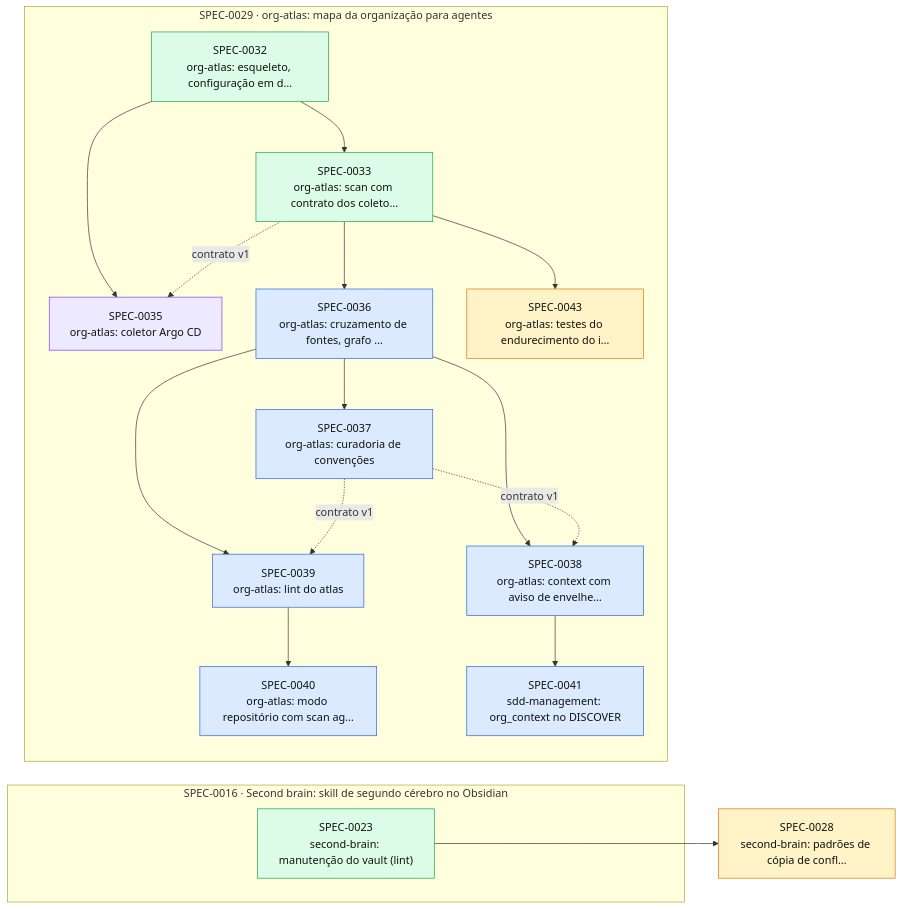
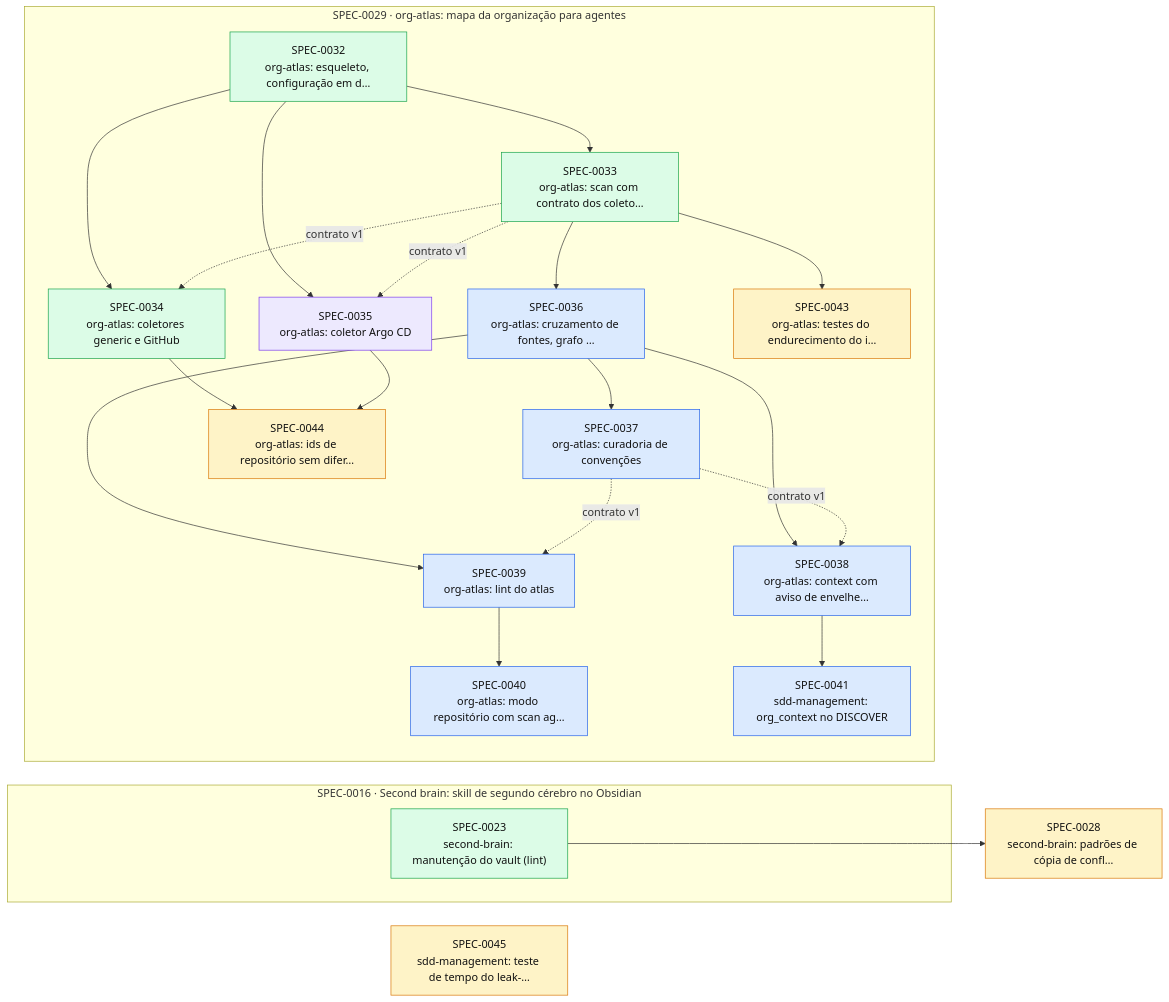
One commit to thomasravache/ai-dev-brain changed the diagram in docs/specs/INDEX.md. Above: the diagram before and after it, drawn with Mermaid. The commit also changed other lines of this file and 5 other files, not shown here.

````diff
--- a/docs/specs/INDEX.md
+++ b/docs/specs/INDEX.md
@@ -56,37 +58,44 @@
 ```mermaid
 flowchart LR
   S0028["SPEC-0028<br/>second-brain: padrões de cópia de confl…"]:::proposed
+  S0045["SPEC-0045<br/>sdd-management: teste de tempo do leak-…"]:::proposed
   subgraph E0016["SPEC-0016 · Second brain: skill de segundo cérebro no Obsidian"]
     S0023["SPEC-0023<br/>second-brain: manutenção do vault (lint)"]:::implemented
   end
   subgraph E0029["SPEC-0029 · org-atlas: mapa da organização para agentes"]
     S0032["SPEC-0032<br/>org-atlas: esqueleto, configuração em d…"]:::implemented
     S0033["SPEC-0033<br/>org-atlas: scan com contrato dos coleto…"]:::implemented
+    S0034["SPEC-0034<br/>org-atlas: coletores generic e GitHub"]:::implemented
     S0035["SPEC-0035<br/>org-atlas: coletor Argo CD"]:::inprogress
     S0036["SPEC-0036<br/>org-atlas: cruzamento de fontes, grafo …"]:::approved
     S0037["SPEC-0037<br/>org-atlas: curadoria de convenções"]:::approved
     S0038["SPEC-0038<br/>org-atlas: context com aviso de envelhe…"]:::approved
     S0039["SPEC-0039<br/>org-atlas: lint do atlas"]:::approved
     S0040["SPEC-0040<br/>org-atlas: modo repositório com scan ag…"]:::approved
     S0041["SPEC-0041<br/>sdd-management: org_context no DISCOVER"]:::approved
     S0043["SPEC-0043<br/>org-atlas: testes do endurecimento do i…"]:::proposed
+    S0044["SPEC-0044<br/>org-atlas: ids de repositório sem difer…"]:::proposed
   end
   S0023 --> S0028
   S0032 --> S0033
+  S0032 --> S0034
+  S0033 -. contrato v1 .-> S0034
   S0032 --> S0035
   S0033 -. contrato v1 .-> S0035
   S0033 --> S0036
   S0036 --> S0037
   S0036 --> S0038
   S0037 -. contrato v1 .-> S0038
   S0036 --> S0039
   S0037 -. contrato v1 .-> S0039
   S0039 --> S0040
   S0038 --> S0041
   S0033 --> S0043
+  S0034 --> S0044
+  S0035 --> S0044
   classDef proposed fill:#fef3c7,stroke:#d97706,color:#111
   classDef approved fill:#dbeafe,stroke:#2563eb,color:#111
   classDef inprogress fill:#ede9fe,stroke:#7c3aed,color:#111
   classDef implemented fill:#dcfce7,stroke:#16a34a,color:#111
   classDef deprecated fill:#f3f4f6,stroke:#9ca3af,color:#6b7280
 ```
````
